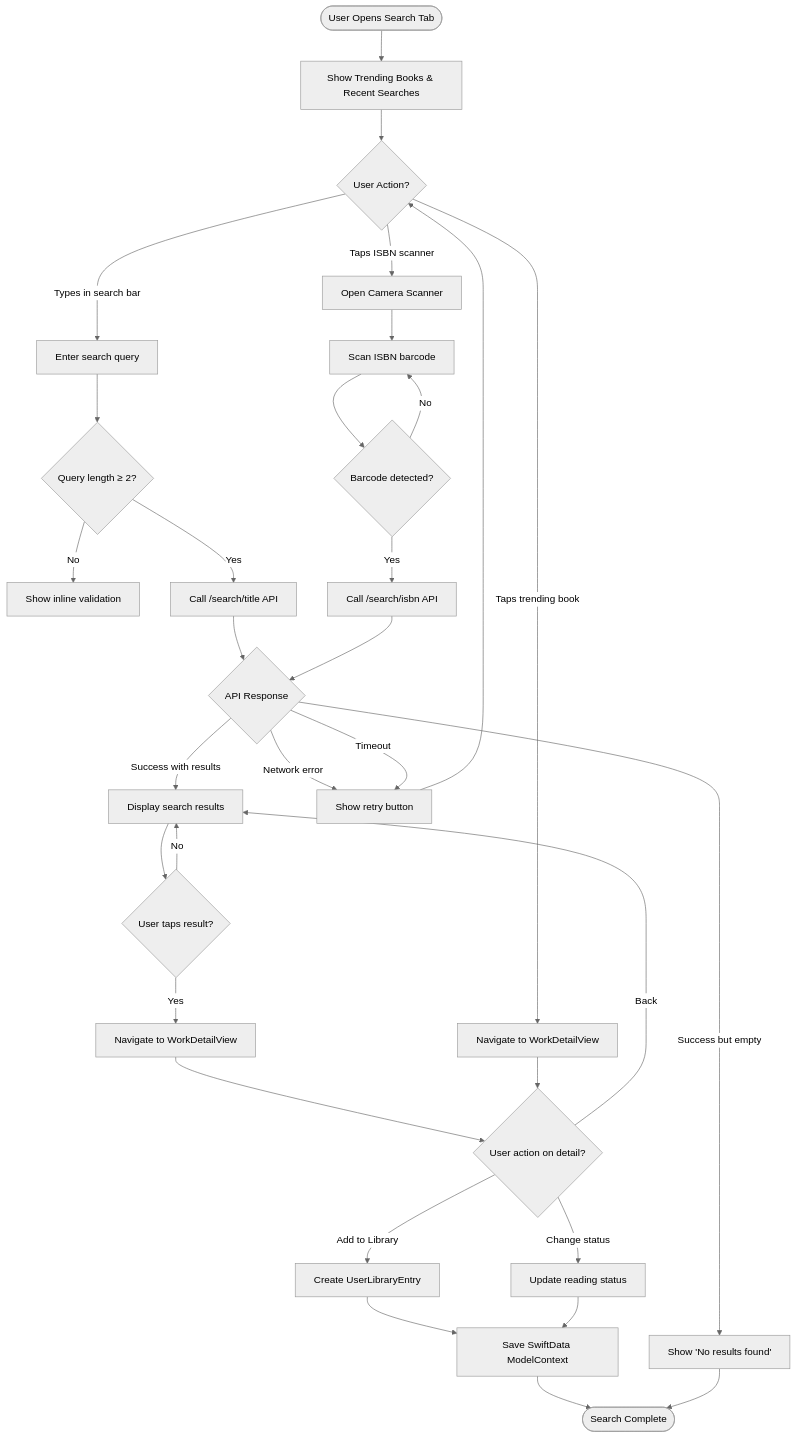
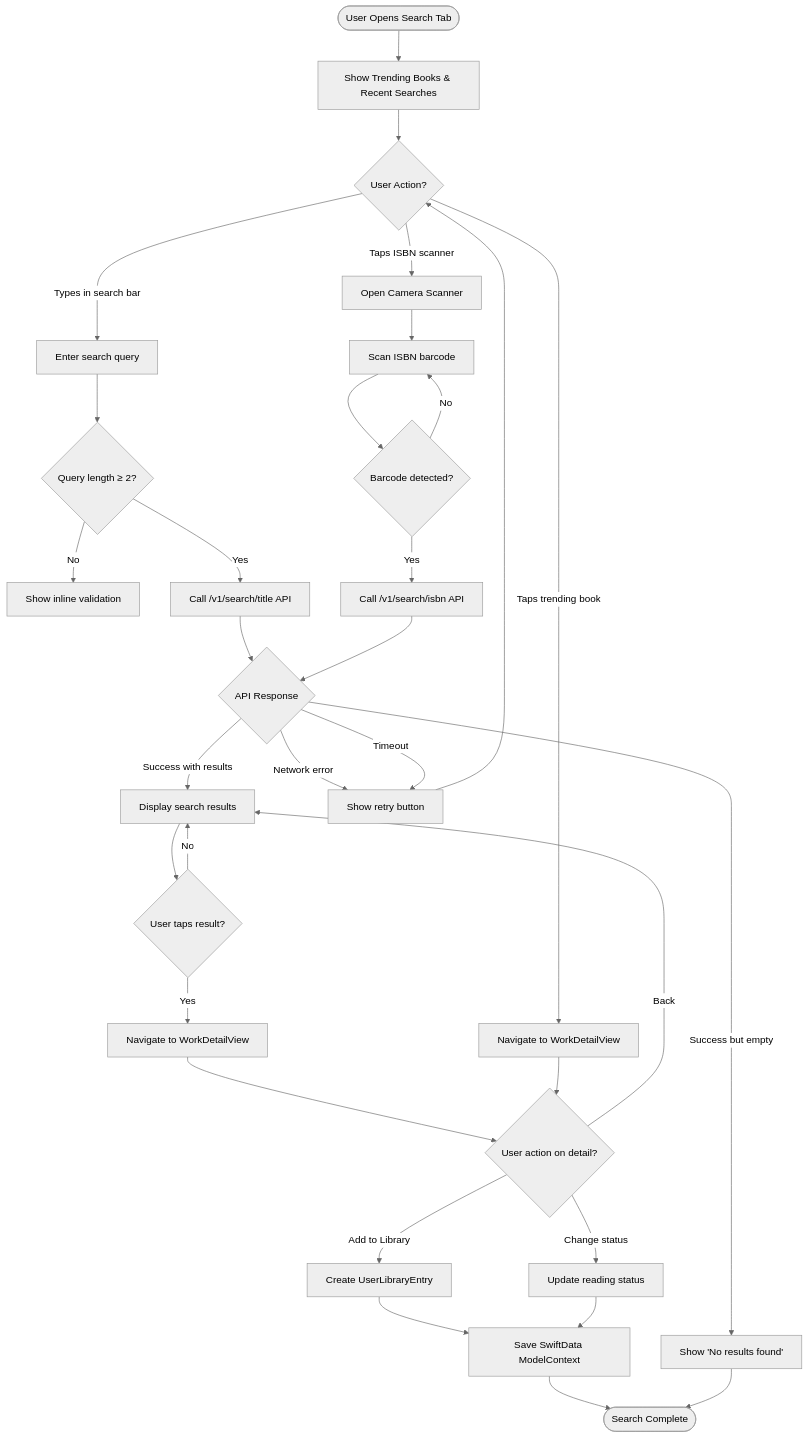
The first of 4 diagrams in docs/workflows/search-workflow.md (jukasdrj/books-v3), drawn with Mermaid (neutral theme) before and after one commit. The commit also changed other lines of this file and 8 other files, not shown here.

````diff
--- a/docs/workflows/search-workflow.md
+++ b/docs/workflows/search-workflow.md
@@ -11,44 +12,44 @@
 ```mermaid
 flowchart TD
     Start([User Opens Search Tab]) --> Initial[Show Trending Books & Recent Searches]
 
     Initial --> Choice{User Action?}
 
     Choice -->|Types in search bar| TextSearch[Enter search query]
     Choice -->|Taps ISBN scanner| ISBNScanner[Open Camera Scanner]
     Choice -->|Taps trending book| DirectDetail[Navigate to WorkDetailView]
 
     TextSearch --> ValidateQuery{Query length ≥ 2?}
     ValidateQuery -->|No| ShowError[Show inline validation]
-    ValidateQuery -->|Yes| CallAPI[Call /search/title API]
+    ValidateQuery -->|Yes| CallAPI[Call /v1/search/title API]
 
     ISBNScanner --> ScanBarcode[Scan ISBN barcode]
     ScanBarcode --> ISBNSuccess{Barcode detected?}
-    ISBNSuccess -->|Yes| CallISBN[Call /search/isbn API]
+    ISBNSuccess -->|Yes| CallISBN[Call /v1/search/isbn API]
     ISBNSuccess -->|No| ScanBarcode
 
     CallAPI --> APIResponse{API Response}
     CallISBN --> APIResponse
 
     APIResponse -->|Success with results| ShowResults[Display search results]
     APIResponse -->|Success but empty| ShowEmpty[Show 'No results found']
     APIResponse -->|Network error| ShowRetry[Show retry button]
     APIResponse -->|Timeout| ShowRetry
 
     ShowResults --> UserSelect{User taps result?}
     UserSelect -->|Yes| NavigateDetail[Navigate to WorkDetailView]
     UserSelect -->|No| ShowResults
 
     NavigateDetail --> DetailActions{User action on detail?}
     DetailActions -->|Add to Library| CreateEntry[Create UserLibraryEntry]
     DetailActions -->|Back| ShowResults
     DetailActions -->|Change status| UpdateEntry[Update reading status]
 
     CreateEntry --> SaveContext[Save SwiftData ModelContext]
     UpdateEntry --> SaveContext
 
     SaveContext --> End([Search Complete])
     ShowEmpty --> End
     ShowRetry --> Choice
     DirectDetail --> DetailActions
 ```
````
